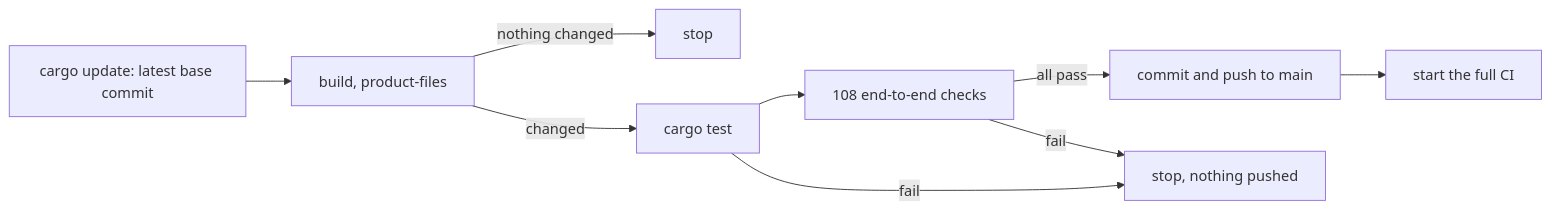
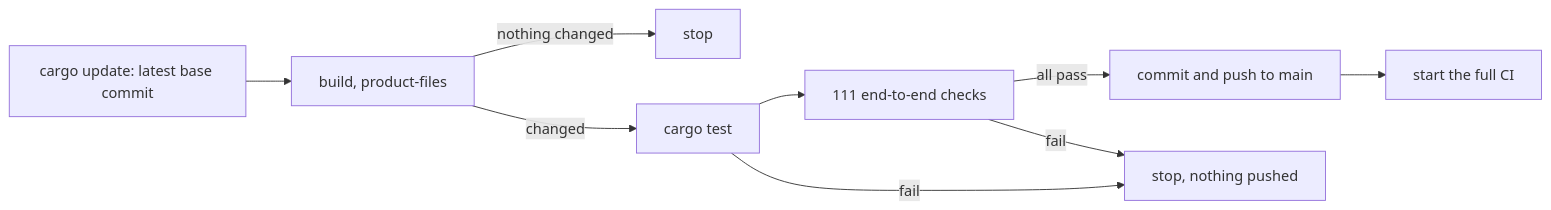
One commit to Phygital-Key/phygital-key-mcp changed the diagram in docs/testing.md. Above: the diagram before and after it, drawn with Mermaid. The commit also changed other lines of this file and 4 other files, not shown here.

````diff
--- a/docs/testing.md
+++ b/docs/testing.md
@@ -103,11 +139,11 @@
 ```mermaid
 flowchart LR
     A["cargo update: latest base commit"] --> B["build, product-files"]
     B -->|"nothing changed"| X["stop"]
     B -->|"changed"| C["cargo test"]
-    C --> D["108 end-to-end checks"]
+    C --> D["111 end-to-end checks"]
     D -->|"all pass"| E["commit and push to main"]
     E --> F["start the full CI"]
     C -->|"fail"| X2["stop, nothing pushed"]
     D -->|"fail"| X2
 ```
````
